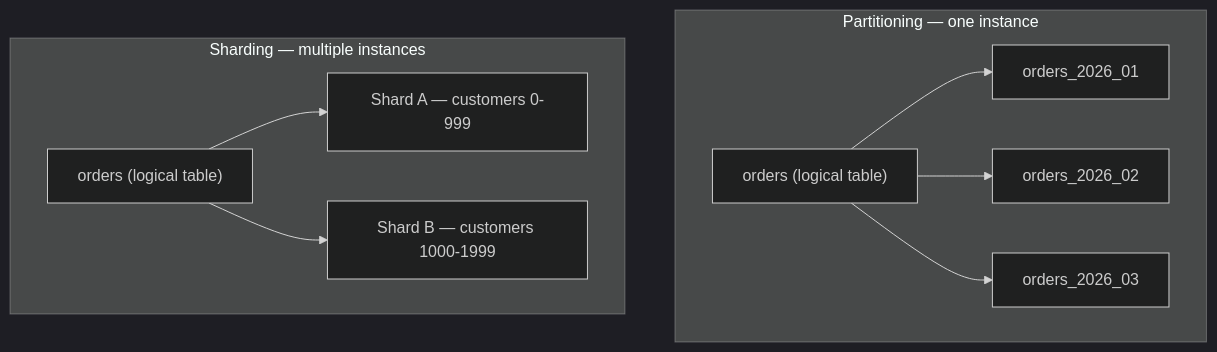
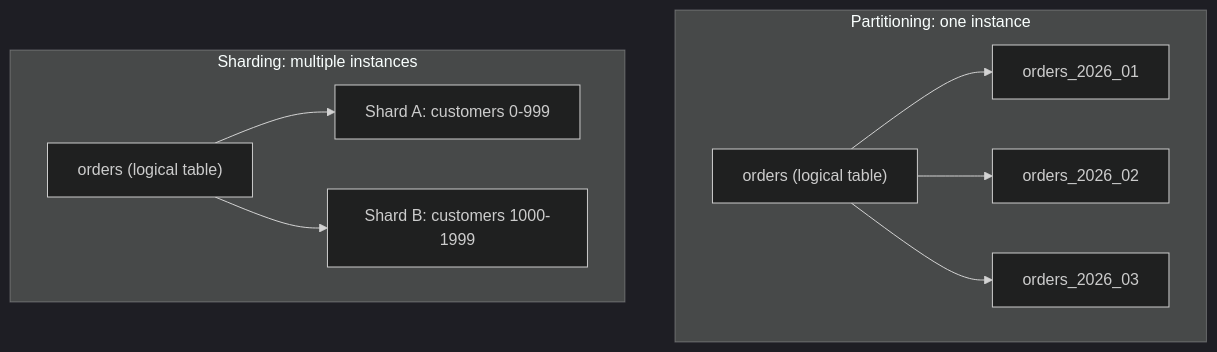
The second of 3 diagrams in content/interview/interview-prep-sql-advanced.md (josuebrunel/josuebrunel.github.io), drawn with Mermaid (dark theme) before and after one commit. The commit also changed other lines of this file and 6 other files, not shown here.

````diff
--- a/content/interview/interview-prep-sql-advanced.md
+++ b/content/interview/interview-prep-sql-advanced.md
@@ -95,12 +301,12 @@
 ```mermaid
 graph TD
-    subgraph "Partitioning — one instance"
+    subgraph "Partitioning: one instance"
     T["orders (logical table)"] --> P1["orders_2026_01"]
     T --> P2["orders_2026_02"]
     T --> P3["orders_2026_03"]
     end
-    subgraph "Sharding — multiple instances"
-    S["orders (logical table)"] --> DB1["Shard A — customers 0-999"]
-    S --> DB2["Shard B — customers 1000-1999"]
+    subgraph "Sharding: multiple instances"
+    S["orders (logical table)"] --> DB1["Shard A: customers 0-999"]
+    S --> DB2["Shard B: customers 1000-1999"]
     end
 ```
````
